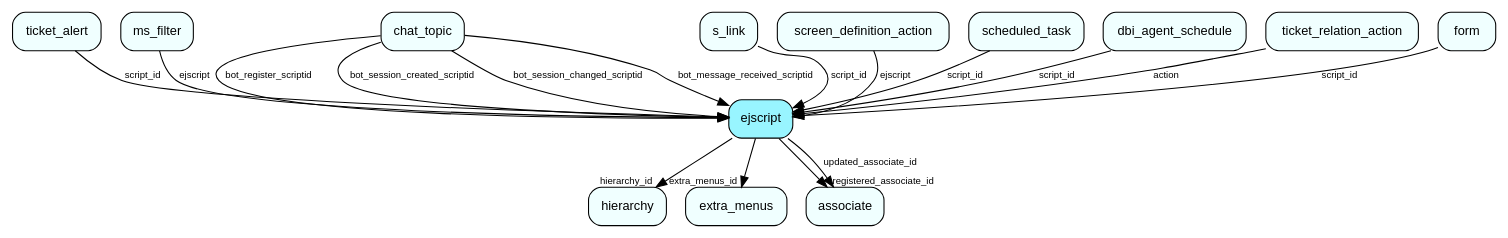
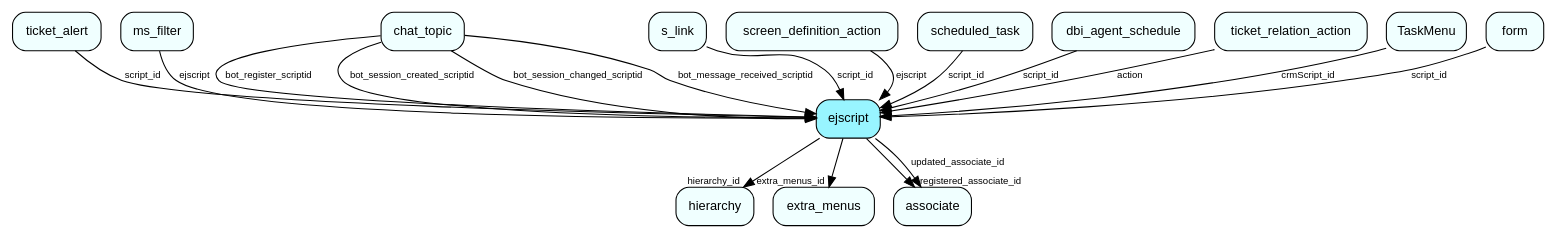
The diagram in docs/en/database/tables/media/ejscript.dot (SuperOfficeDocs/superoffice-docs), drawn with Graphviz before and after one commit. The commit also changed 668 other files, not shown here.

```diff
--- a/docs/en/database/tables/media/ejscript.dot
+++ b/docs/en/database/tables/media/ejscript.dot
@@ -1,34 +1,36 @@
 digraph ejscript  {
 node [shape = box style="rounded, filled" fontname = "Helvetica" fontsize = "12" ]
 edge [fontname = "Helvetica" fontsize = "9"]
 
 ejscript[fillcolor = "cadetblue1"]
 hierarchy[fillcolor = "azure1"]
 extra_menus[fillcolor = "azure1"]
 associate[fillcolor = "azure1"]
 ticket_alert[fillcolor = "azure1"]
 ms_filter[fillcolor = "azure1"]
 chat_topic[fillcolor = "azure1"]
 s_link[fillcolor = "azure1"]
 screen_definition_action[fillcolor = "azure1"]
 scheduled_task[fillcolor = "azure1"]
 dbi_agent_schedule[fillcolor = "azure1"]
 ticket_relation_action[fillcolor = "azure1"]
+TaskMenu[fillcolor = "azure1"]
 form[fillcolor = "azure1"]
 ejscript -> hierarchy [headlabel = "hierarchy_id"]
 ejscript -> extra_menus [headlabel = "extra_menus_id"]
 ejscript -> associate [headlabel = "registered_associate_id"]
 ejscript -> associate [label = "updated_associate_id"]
 ticket_alert -> ejscript [label = "script_id"]
 ms_filter -> ejscript [label = "ejscript"]
 chat_topic -> ejscript [label = "bot_register_scriptid"]
 chat_topic -> ejscript [label = "bot_session_created_scriptid"]
 chat_topic -> ejscript [label = "bot_session_changed_scriptid"]
 chat_topic -> ejscript [label = "bot_message_received_scriptid"]
 s_link -> ejscript [label = "script_id"]
 screen_definition_action -> ejscript [label = "ejscript"]
 scheduled_task -> ejscript [label = "script_id"]
 dbi_agent_schedule -> ejscript [label = "script_id"]
 ticket_relation_action -> ejscript [label = "action"]
+TaskMenu -> ejscript [label = "crmScript_id"]
 form -> ejscript [label = "script_id"]
 }
```
